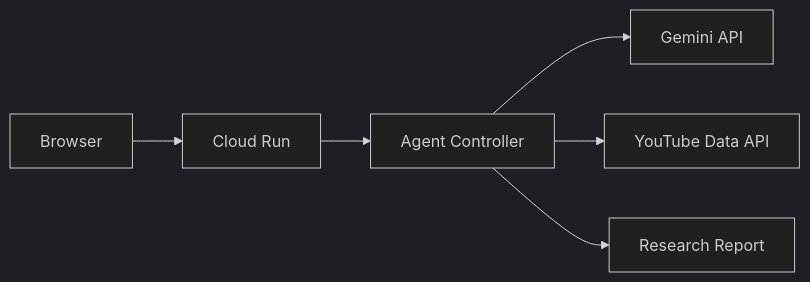
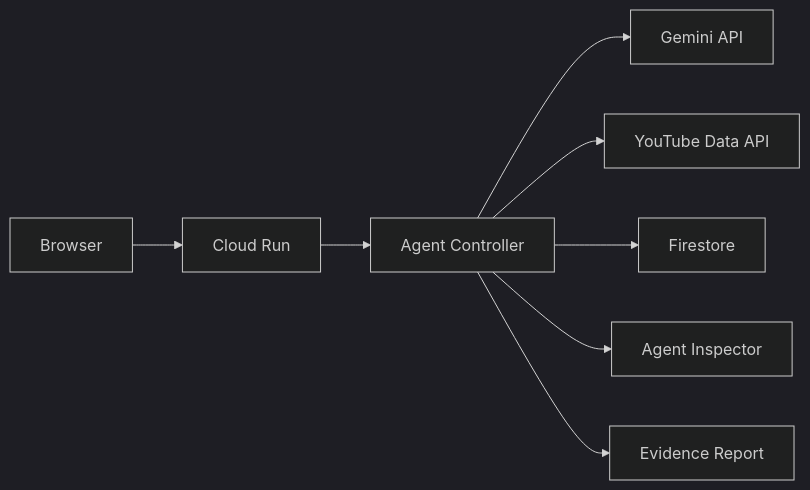
The diagram in README.md (KickboxerJ0322/CommentAgent), drawn with Mermaid (dark theme) before and after one commit. The commit also changed other lines of this file and 9 other files, not shown here.

Commit message:
feat: add evidence reports and agent inspector

````diff
--- a/README.md
+++ b/README.md
@@ -19,8 +49,10 @@
 ```mermaid
 flowchart LR
   U[Browser] --> C[Cloud Run]
   C --> A[Agent Controller]
   A --> G[Gemini API]
   A --> Y[YouTube Data API]
-  A --> R[Research Report]
+  A --> F[Firestore]
+  A --> I[Agent Inspector]
+  A --> R[Evidence Report]
 ```
````
